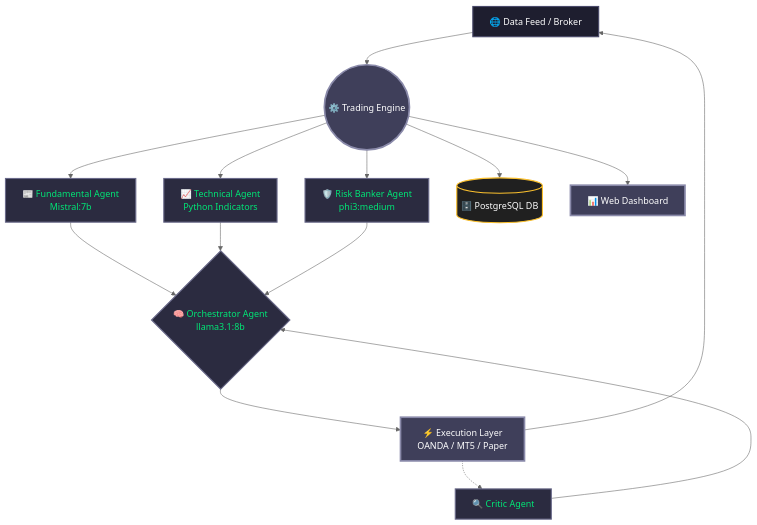
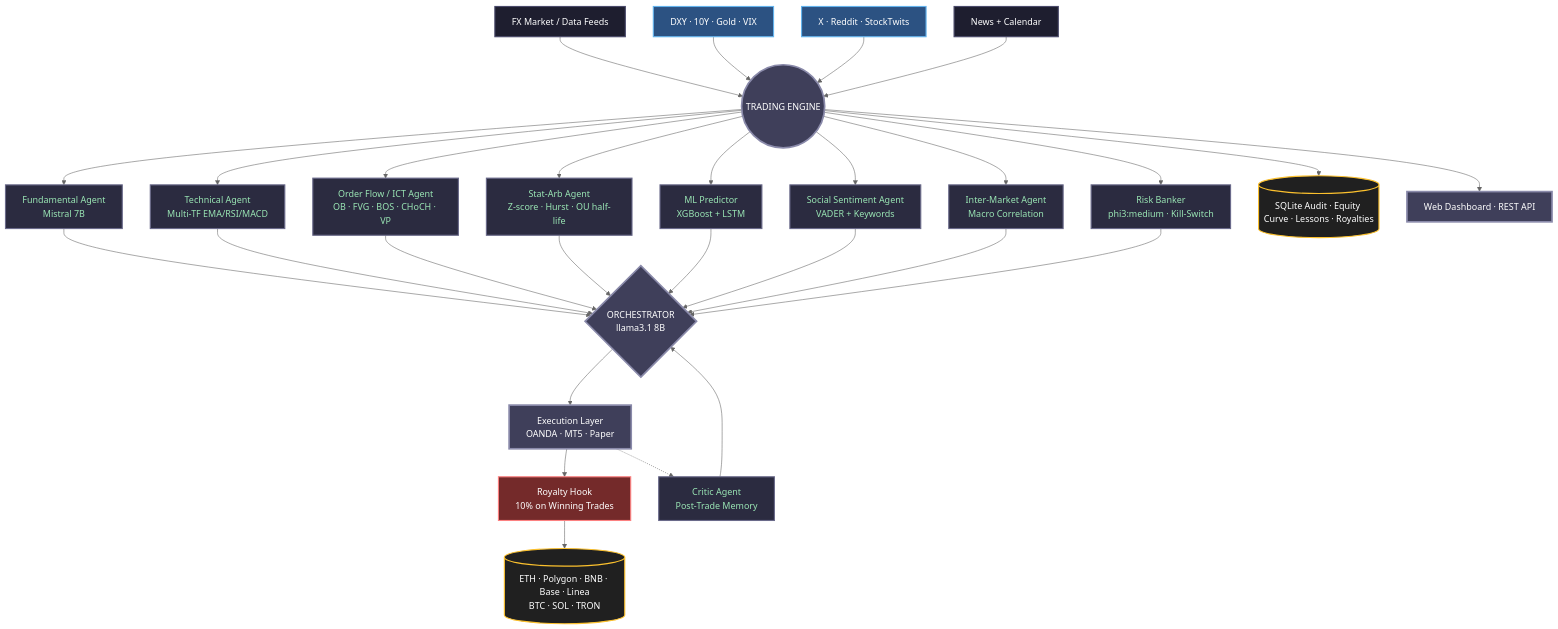
The diagram in README.md (murdok1982/MultiAgent-FX-Engine), drawn with Mermaid (neutral theme) before and after one commit. The commit also changed other lines of this file and 17 other files, not shown here.

````diff
--- a/README.md
+++ b/README.md
@@ -35,26 +42,33 @@
 ```mermaid
 graph TD
     classDef default fill:#1e1e2f,stroke:#4a4a6a,stroke-width:2px,color:#fff;
-    classDef llm fill:#2b2b40,stroke:#6a6a8a,stroke-width:2px,color:#00e676;
+    classDef agent fill:#2b2b40,stroke:#6a6a8a,stroke-width:2px,color:#9ae6b4;
     classDef core fill:#3f3f5a,stroke:#8a8aAa,stroke-width:3px,color:#fff;
+    classDef macro fill:#2c5282,stroke:#63b3ed,stroke-width:2px,color:#fff;
     classDef db fill:#202020,stroke:#fbc02d,stroke-width:2px,color:#fff;
+    classDef gov fill:#742a2a,stroke:#fc8181,stroke-width:2px,color:#fff;
 
-    Data[🌐 Data Feed / Broker] --> TE((⚙️ Trading Engine)):::core
-    
-    TE --> Fundamental[📰 Fundamental Agent<br>Mistral:7b]:::llm
-    TE --> Technical[📈 Technical Agent<br>Python Indicators]:::llm
-    TE --> Risk[🛡️ Risk Banker Agent<br>phi3:medium]:::llm
-    
-    Fundamental --> Orchestrator{🧠 Orchestrator Agent<br>llama3.1:8b}:::llm
-    Technical --> Orchestrator
-    Risk --> Orchestrator
-    
-    Orchestrator --> Execution[⚡ Execution Layer<br>OANDA / MT5 / Paper]:::core
-    Execution --> Data
-    
-    Critic[🔍 Critic Agent]:::llm --> Orchestrator
-    Execution -.-> Critic
-    
-    TE --> DB[(🗄️ PostgreSQL DB)]:::db
-    TE --> Dash[📊 Web Dashboard]:::core
+    Market[FX Market / Data Feeds] --> Engine((TRADING ENGINE)):::core
+    Macro[DXY · 10Y · Gold · VIX]:::macro --> Engine
+    Social[X · Reddit · StockTwits]:::macro --> Engine
+    News[News + Calendar] --> Engine
+
+    Engine --> A1[Fundamental Agent<br/>Mistral 7B]:::agent
+    Engine --> A2[Technical Agent<br/>Multi-TF EMA/RSI/MACD]:::agent
+    Engine --> A3[Order Flow / ICT Agent<br/>OB · FVG · BOS · CHoCH · VP]:::agent
+    Engine --> A4[Stat-Arb Agent<br/>Z-score · Hurst · OU half-life]:::agent
+    Engine --> A5[ML Predictor<br/>XGBoost + LSTM]:::agent
+    Engine --> A6[Social Sentiment Agent<br/>VADER + Keywords]:::agent
+    Engine --> A7[Inter-Market Agent<br/>Macro Correlation]:::agent
+    Engine --> A8[Risk Banker<br/>phi3:medium · Kill-Switch]:::agent
+
+    A1 & A2 & A3 & A4 & A5 & A6 & A7 & A8 --> O{ORCHESTRATOR<br/>llama3.1 8B}:::core
+    O --> Exec[Execution Layer<br/>OANDA · MT5 · Paper]:::core
+    Exec --> Royalty[Royalty Hook<br/>10% on Winning Trades]:::gov
+    Royalty --> Chains[(ETH · Polygon · BNB · Base · Linea<br/>BTC · SOL · TRON)]:::db
+
+    Critic[Critic Agent<br/>Post-Trade Memory]:::agent --> O
+    Exec -.-> Critic
+    Engine --> DB[(SQLite Audit · Equity Curve · Lessons · Royalties)]:::db
+    Engine --> Dash[Web Dashboard · REST API]:::core
 ```
````
